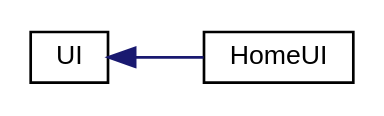
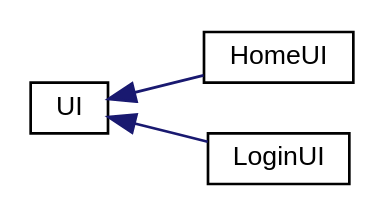
Before and after one commit to ctrlMarcio/feup-cal-proj: the diagram in inherit_graph_22.dot, drawn with Graphviz. The commit also changed 50 other files, not shown here.

```diff
--- a/inherit_graph_22.dot
+++ b/inherit_graph_22.dot
@@ -1,9 +1,11 @@
 digraph "Graphical Class Hierarchy"
 {
   edge [fontname="Helvetica",fontsize="10",labelfontname="Helvetica",labelfontsize="10"];
   node [fontname="Helvetica",fontsize="10",shape=record];
   rankdir="LR";
   Node0 [label="UI",height=0.2,width=0.4,color="black", fillcolor="white", style="filled",URL="$classUI.html"];
   Node0 -> Node1 [dir="back",color="midnightblue",fontsize="10",style="solid",fontname="Helvetica"];
   Node1 [label="HomeUI",height=0.2,width=0.4,color="black", fillcolor="white", style="filled",URL="$classHomeUI.html"];
+  Node0 -> Node2 [dir="back",color="midnightblue",fontsize="10",style="solid",fontname="Helvetica"];
+  Node2 [label="LoginUI",height=0.2,width=0.4,color="black", fillcolor="white", style="filled",URL="$classLoginUI.html"];
 }
```
